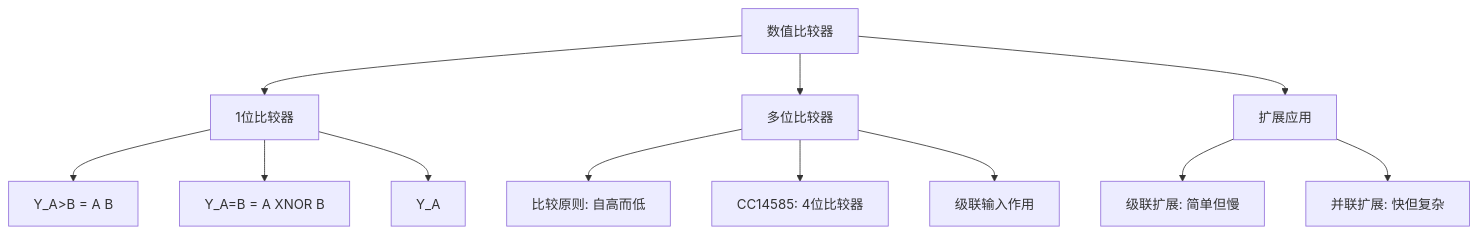
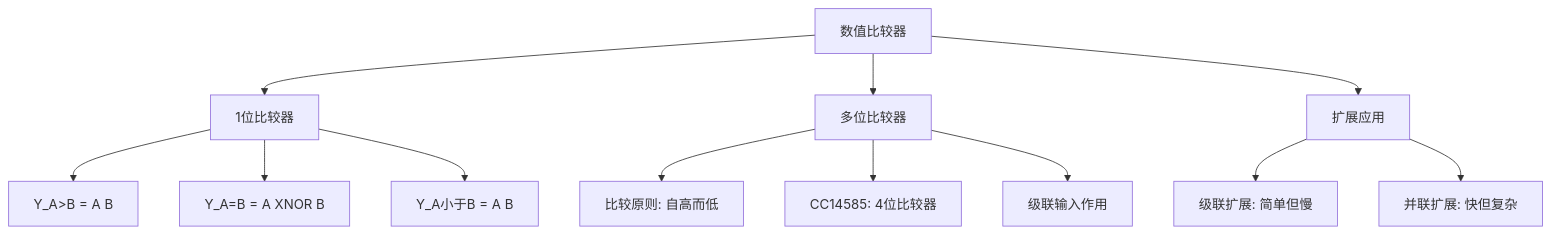
The diagram in docs/ch04/4-6.md (LiuandXu/digital-electronics-wiki), drawn with Mermaid before and after one commit. The commit also changed 30 other files, not shown here.

Commit message:
fix: mermaid double-init syntax errors and escape < in labels

````diff
--- a/docs/ch04/4-6.md
+++ b/docs/ch04/4-6.md
@@ -105,17 +105,17 @@
 ```mermaid
 graph TD
     A["数值比较器"] --> B["1位比较器"]
     A --> C["多位比较器"]
     A --> D["扩展应用"]
     
     B --> B1["Y_A>B = A B"]
     B --> B2["Y_A=B = A XNOR B"]
-    B --> B3["Y_A<B = A B"]
+    B --> B3["Y_A小于B = A B"]
     
     C --> C1["比较原则: 自高而低"]
     C --> C2["CC14585: 4位比较器"]
     C --> C3["级联输入作用"]
     
     D --> D1["级联扩展: 简单但慢"]
     D --> D2["并联扩展: 快但复杂"]
 ```
````
